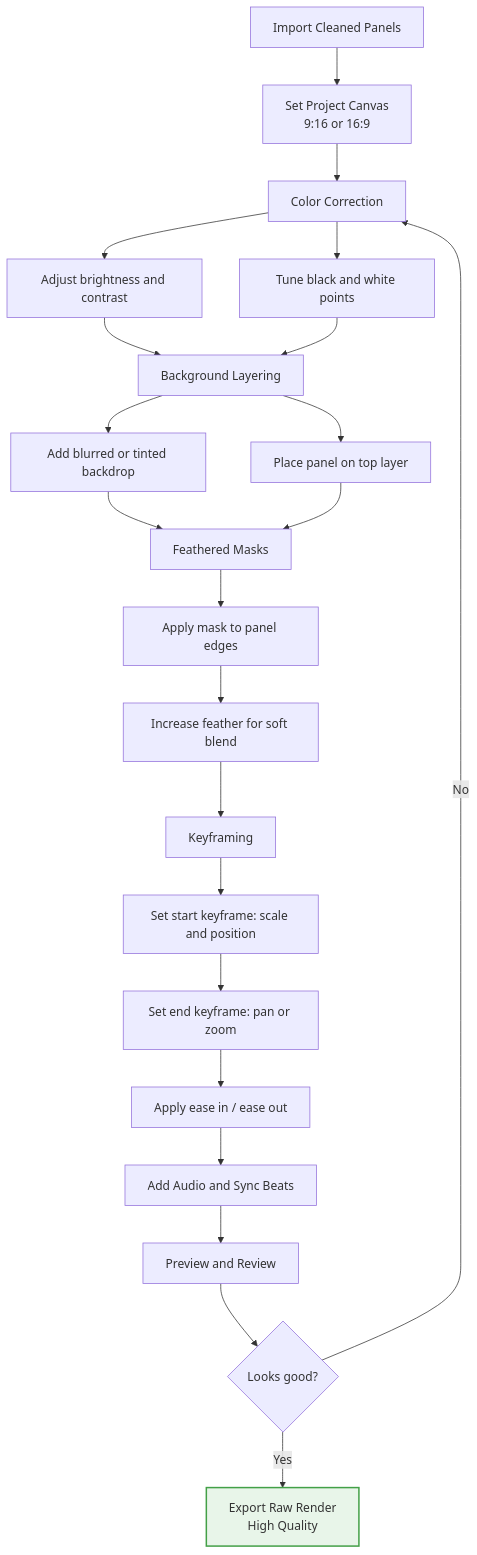
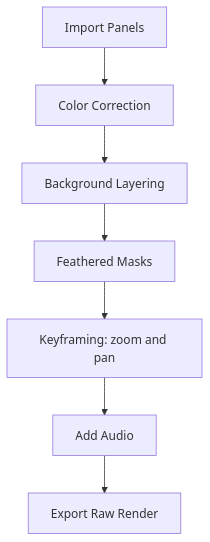
One commit to Stephanie0i/manga-motion-optimization-pipeline changed the third of 5 diagrams in README.md. Above: the diagram before and after it, drawn with Mermaid. The commit also changed other lines of this file, not shown here.

````diff
--- a/README.md
+++ b/README.md
@@ -116,26 +50,9 @@
 ```mermaid
 flowchart TD
-    A[Import Cleaned Panels] --> B[Set Project Canvas<br/>9:16 or 16:9]
-    B --> C[Color Correction]
-    C --> C1[Adjust brightness and contrast]
-    C --> C2[Tune black and white points]
-    C1 --> D[Background Layering]
-    C2 --> D
-    D --> D1[Add blurred or tinted backdrop]
-    D --> D2[Place panel on top layer]
-    D1 --> E[Feathered Masks]
-    D2 --> E
-    E --> E1[Apply mask to panel edges]
-    E1 --> E2[Increase feather for soft blend]
-    E2 --> F[Keyframing]
-    F --> F1[Set start keyframe: scale and position]
-    F1 --> F2[Set end keyframe: pan or zoom]
-    F2 --> F3[Apply ease in / ease out]
-    F3 --> G[Add Audio and Sync Beats]
-    G --> H[Preview and Review]
-    H --> I{Looks good?}
-    I -- No --> C
-    I -- Yes --> J[Export Raw Render<br/>High Quality]
-
-    style J fill:#e8f5e9,stroke:#43a047,stroke-width:2px
+    A[Import Panels] --> B[Color Correction]
+    B --> C[Background Layering]
+    C --> D[Feathered Masks]
+    D --> E[Keyframing: zoom and pan]
+    E --> F[Add Audio]
+    F --> G[Export Raw Render]
 ```
````
